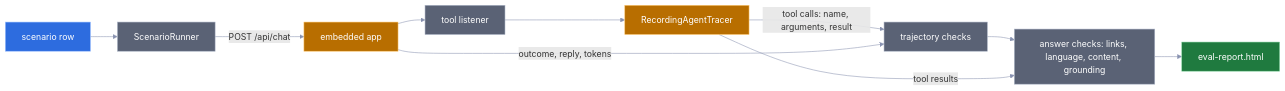
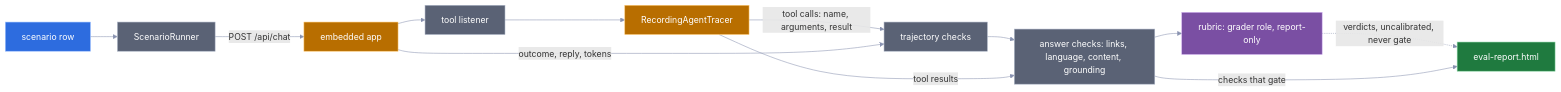
One commit to rodrigorjsf/java-micronaut-langchain4j-poc changed the diagram in docs/05-evaluation.md. Above: the diagram before and after it, drawn with Mermaid. The commit also changed other lines of this file and 14 other files, not shown here.

First line of the commit message:
feat(evals): grader model role and report-only rubric checks

````diff
--- a/docs/05-evaluation.md
+++ b/docs/05-evaluation.md
@@ -167,21 +198,25 @@
 ```mermaid
 flowchart LR
     row[scenario row] --> runner[ScenarioRunner]
     runner -- "POST /api/chat" --> app[embedded app]
     app --> tools[tool listener]
     tools --> tracer[RecordingAgentTracer]
     tracer -- "tool calls: name, arguments, result" --> checks[trajectory checks]
     app -- "outcome, reply, tokens" --> checks
     checks --> answer[answer checks: links, language, content, grounding]
     tracer -- "tool results" --> answer
-    answer --> html[eval-report.html]
+    answer --> rubric[rubric: grader role, report-only]
+    rubric -. "verdicts, uncalibrated, never gate" .-> html[eval-report.html]
+    answer -- "checks that gate" --> html
     classDef input fill:#2d6cdf,stroke:#9ec1ff,color:#ffffff
     classDef seam fill:#b86e00,stroke:#ffc870,color:#ffffff
     classDef step fill:#5a6275,stroke:#aab3c5,color:#ffffff
+    classDef soft fill:#7a4fa3,stroke:#d2b3f0,color:#ffffff
     classDef out fill:#1f7a3f,stroke:#8fd9a8,color:#ffffff
     class row input
     class app,tracer seam
     class runner,tools,checks,answer step
+    class rubric soft
     class html out
     linkStyle default stroke:#8892b0
 ```
````
